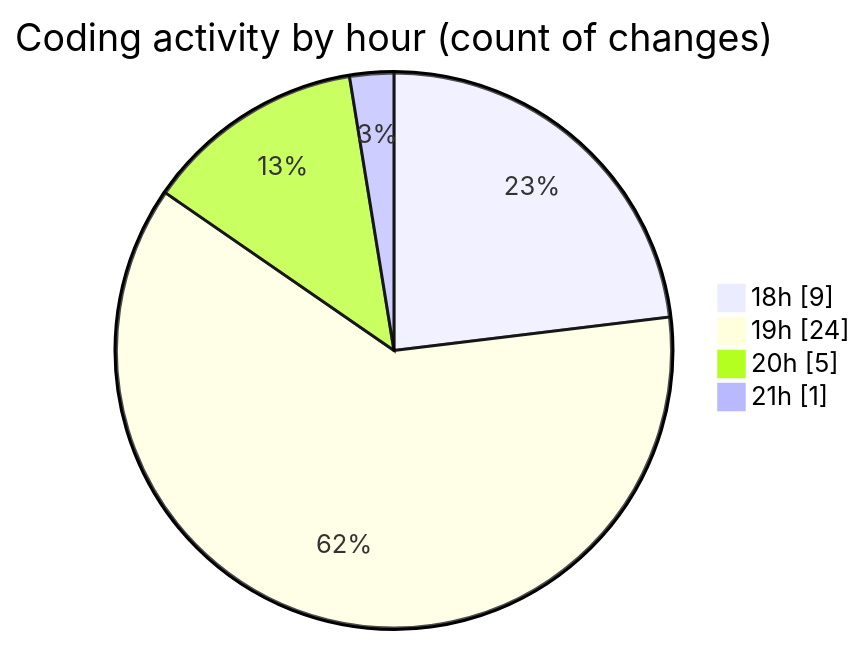
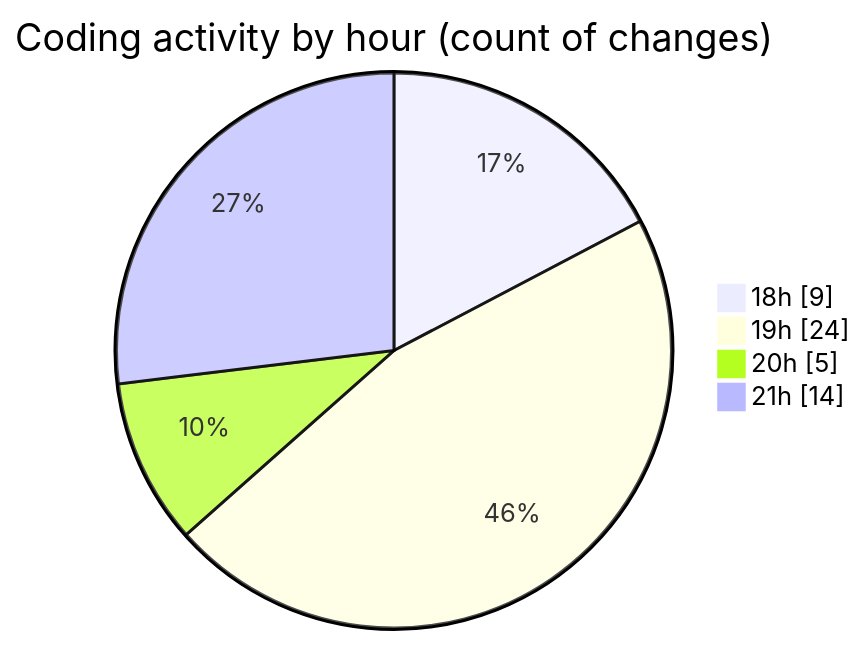
One commit to Netris89/code-tracking changed the second of 2 diagrams in 2025-04-28/date/README.md. Above: the diagram before and after it, drawn with Mermaid. The commit also changed other lines of this file and 1 other file, not shown here.

````diff
--- a/2025-04-28/date/README.md
+++ b/2025-04-28/date/README.md
@@ -32,8 +32,8 @@
 ```mermaid
 pie showData
 title Coding activity by hour (count of changes)
 "18h" : 9
 "19h" : 24
 "20h" : 5
-"21h" : 1
+"21h" : 14
 ```
````
